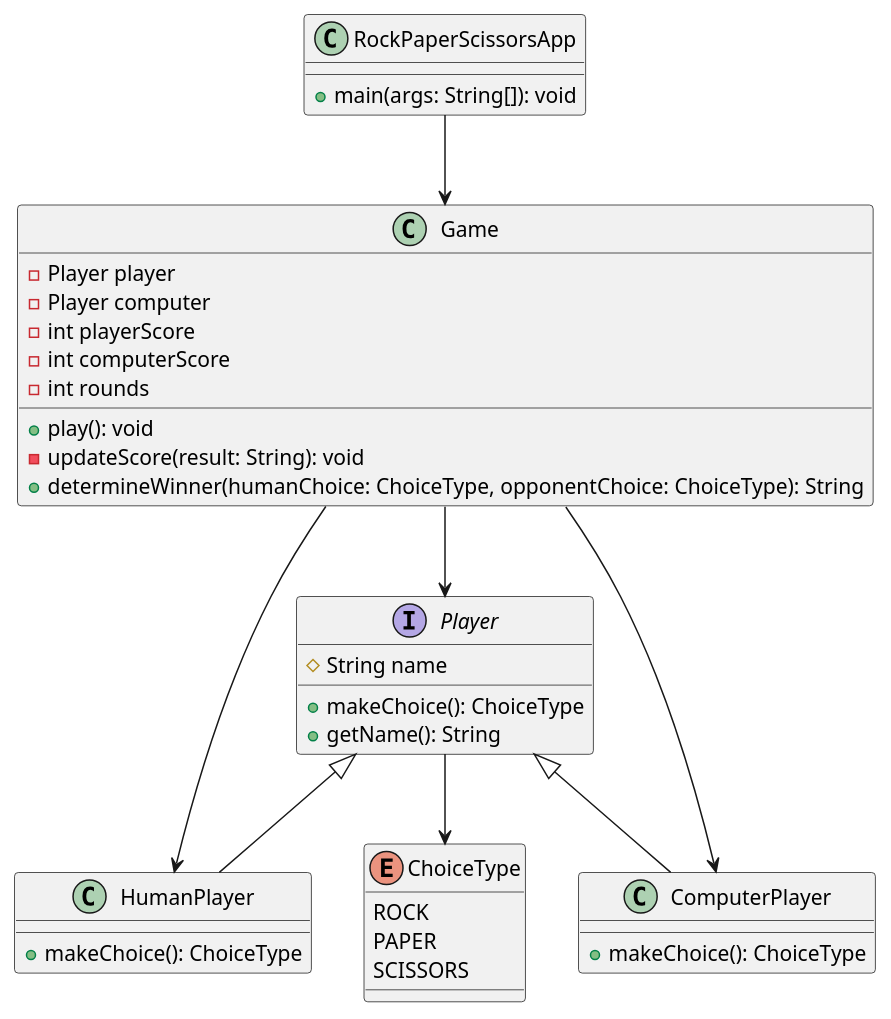
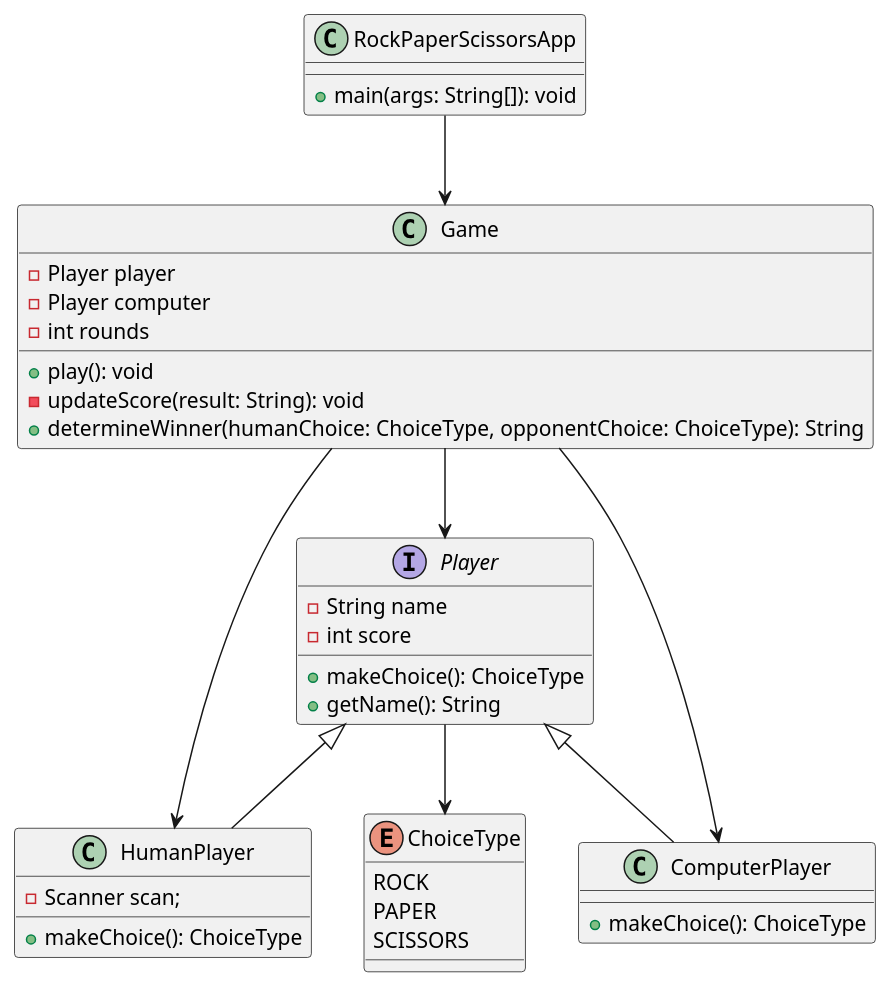
The diagram in ClassUML.puml (StudentsOnly/java-Rock-Paper-Scissors-game-project-team1), drawn with PlantUML before and after one commit.

Commit message:
updated ClassUML

```diff
--- a/ClassUML.puml
+++ b/ClassUML.puml
@@ -1,47 +1,48 @@
 @startuml
 
 class RockPaperScissorsApp {
     +main(args: String[]): void
 }
 
 class Game {
     -Player player
     -Player computer
-    -int playerScore
-    -int computerScore
     -int rounds
     +play(): void
     -updateScore(result: String): void
     +determineWinner(humanChoice: ChoiceType, opponentChoice: ChoiceType): String
 }
 
 interface Player {
-    #String name
+    -String name
+    -int score
     +makeChoice(): ChoiceType
     +getName(): String
 }
 
 class HumanPlayer {
+    -Scanner scan;
     +makeChoice(): ChoiceType
 }
 
 class ComputerPlayer {
     +makeChoice(): ChoiceType
 }
 
 enum ChoiceType {
     ROCK
     PAPER
     SCISSORS
 }
 
 RockPaperScissorsApp --> Game
+
 Game --> Player
 Game --> HumanPlayer
 Game --> ComputerPlayer
 Player <|-- HumanPlayer
 Player <|-- ComputerPlayer
 Player --> ChoiceType
 
 
 @enduml
```
